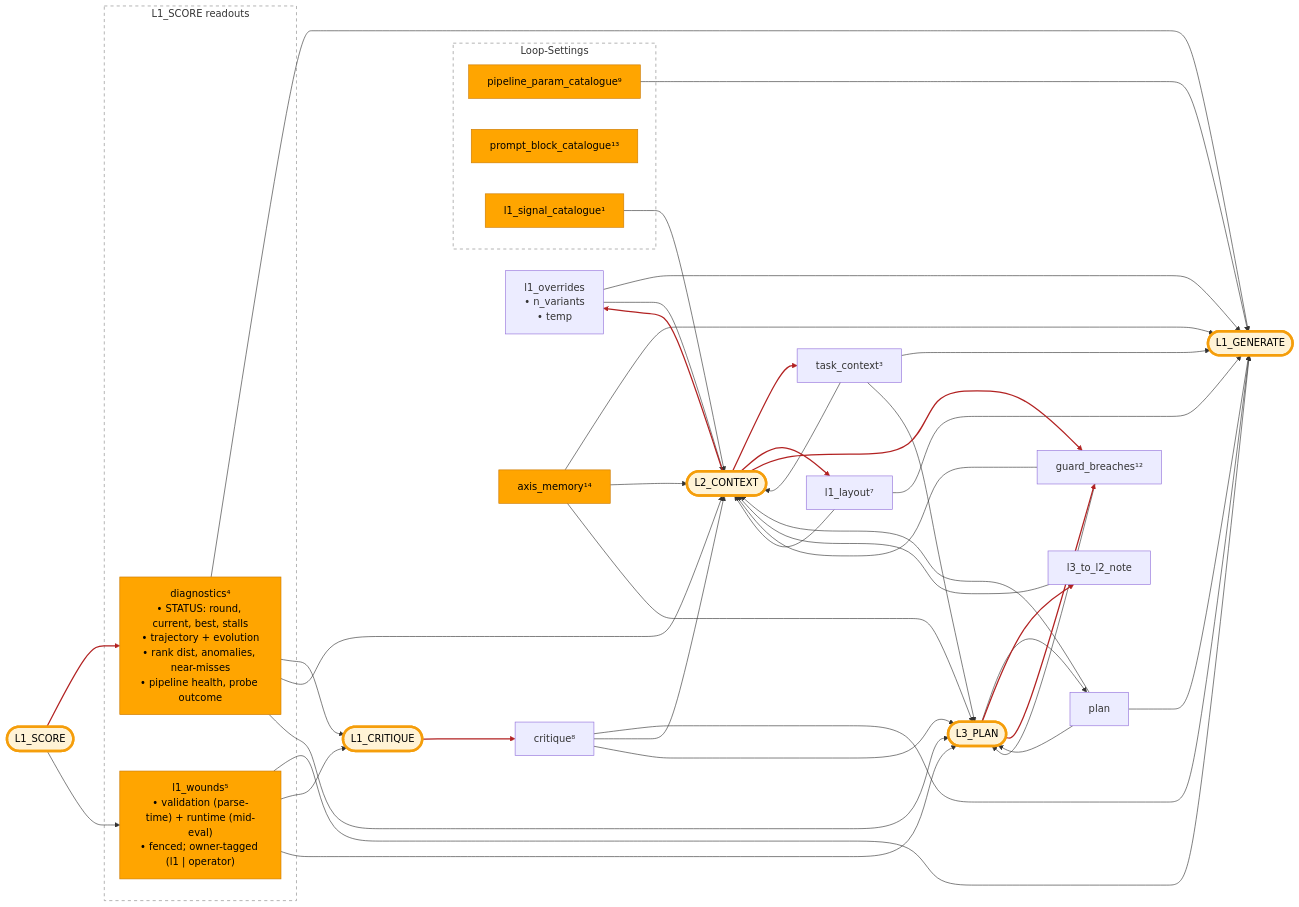
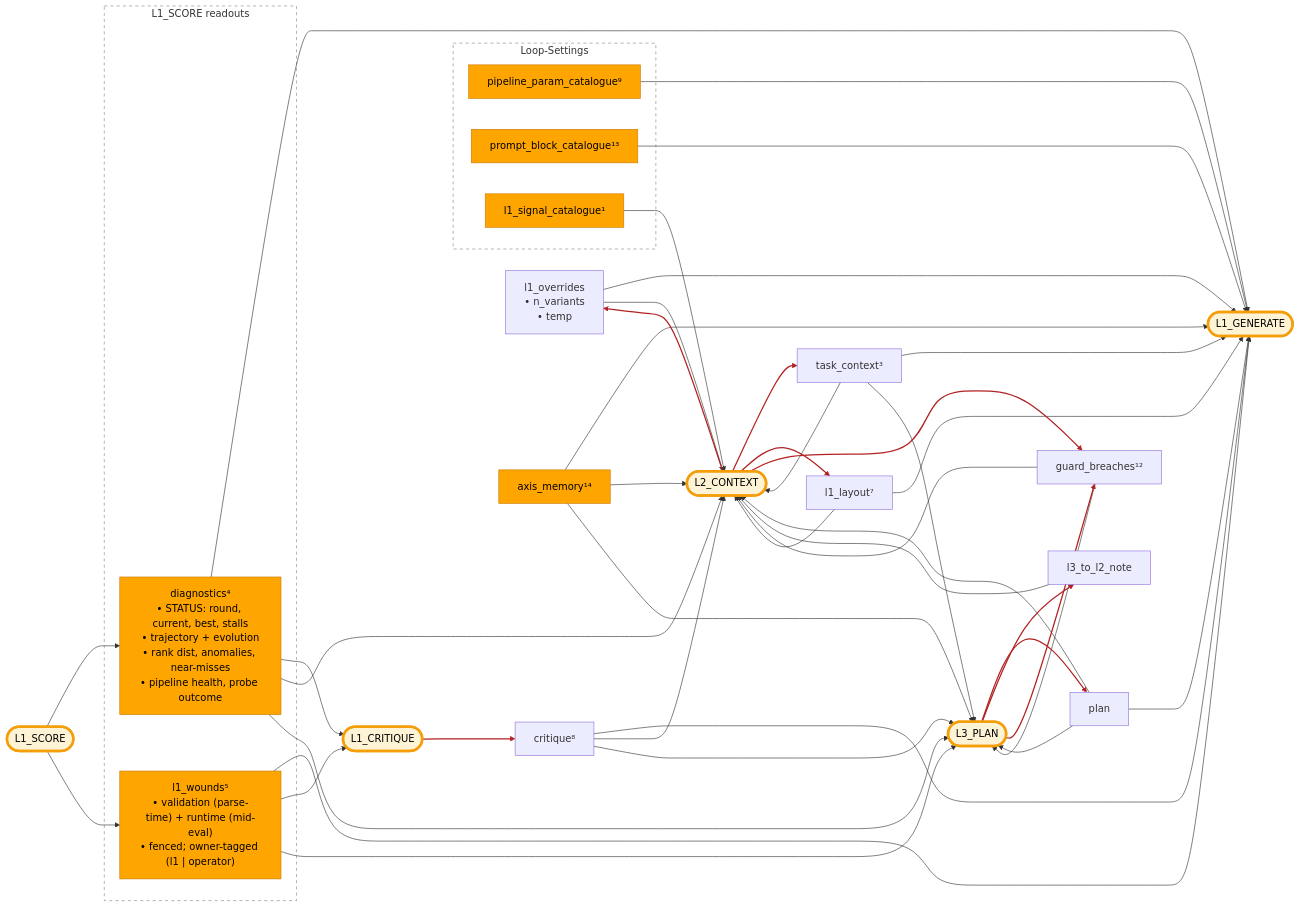
The diagram in docs/developer/dispatch-hub.md (PromptPotter/prompt-potter-optimizer), drawn with Mermaid before and after one commit. The commit also changed other lines of this file and 19 other files, not shown here.

```diff
--- a/docs/developer/dispatch-hub.md
+++ b/docs/developer/dispatch-hub.md
@@ -74,6 +74,7 @@
   PLAN --> L1G
   TC --> L1G
   TUN --> L1G
+  BLK --> L1G
   DIAG --> L1G
   L1W --> L1G
   CRIT --> L1G
```
